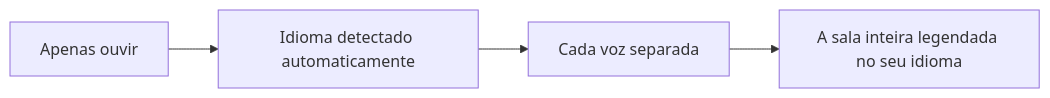
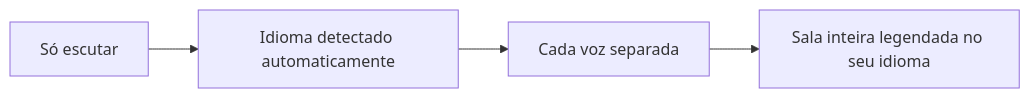
The first of 4 diagrams in README_pt-BR.md (rpalm01-star/VigilantEarLegal), drawn with Mermaid before and after one commit. The commit also changed other lines of this file and 11 other files, not shown here.

````diff
--- a/README_pt-BR.md
+++ b/README_pt-BR.md
@@ -52,4 +58,4 @@
 ```mermaid
 graph LR
-    A["Apenas ouvir"] --> B["Idioma detectado automaticamente"] --> C["Cada voz separada"] --> D["A sala inteira legendada no seu idioma"]
+    A["Só escutar"] --> B["Idioma detectado automaticamente"] --> C["Cada voz separada"] --> D["Sala inteira legendada no seu idioma"]
 ```
````
